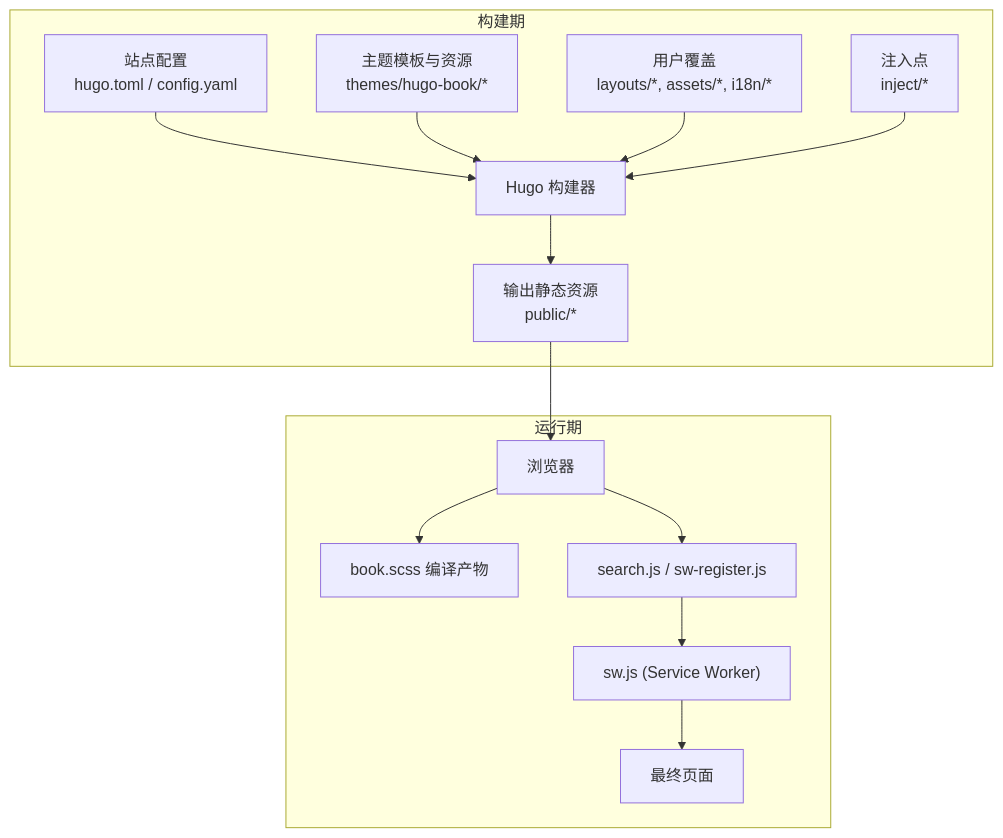
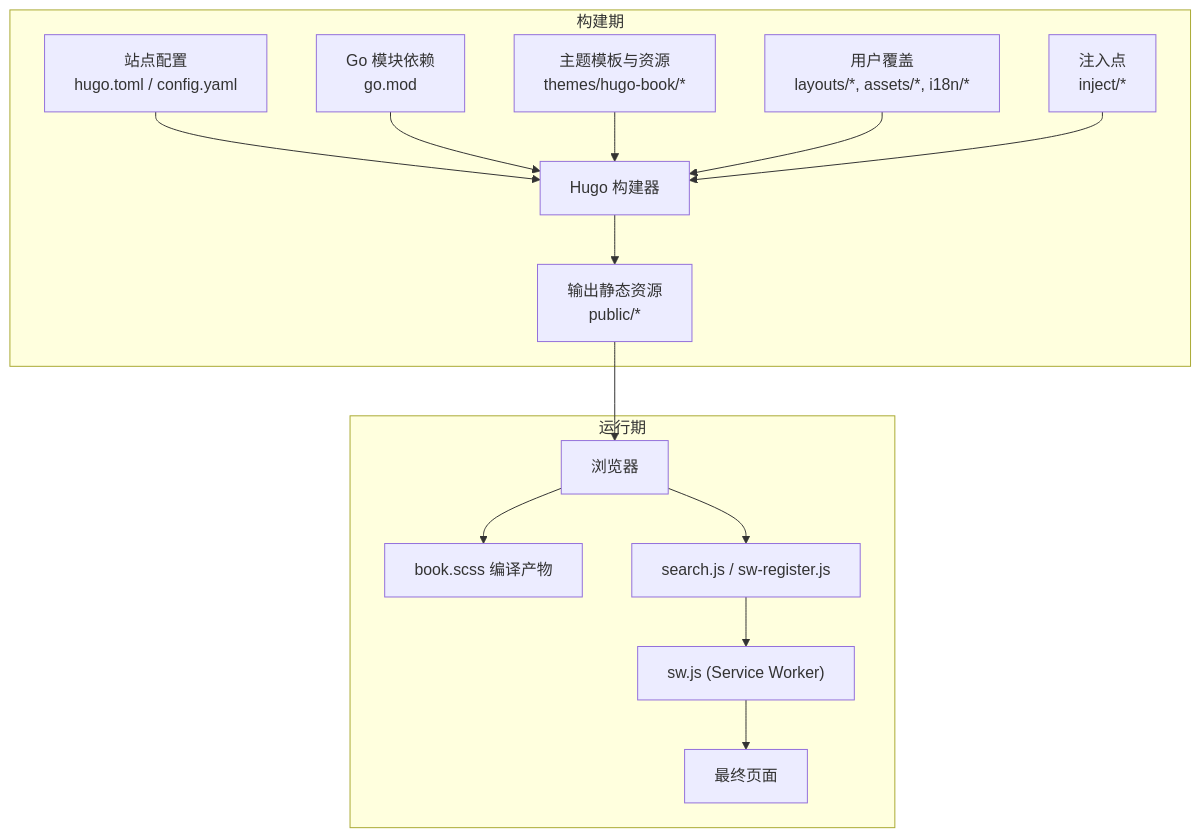
One commit to nianjiang/nianjiang.github.io changed the second of 10 diagrams in .qoder/repowiki/zh/content/主题定制/主题定制.md. Above: the diagram before and after it, drawn with Mermaid. The commit also changed other lines of this file and 22 other files, not shown here.

````diff
--- a/.qoder/repowiki/zh/content/主题定制/主题定制.md
+++ b/.qoder/repowiki/zh/content/主题定制/主题定制.md
@@ -157,28 +168,30 @@
 ```mermaid
 graph TB
 subgraph "构建期"
 HUGO["Hugo 构建器"]
 CFG["站点配置<br/>hugo.toml / config.yaml"]
+DEPS["Go 模块依赖<br/>go.mod"]
 THEME["主题模板与资源<br/>themes/hugo-book/*"]
 USERL["用户覆盖<br/>layouts/*, assets/*, i18n/*"]
 INJECT["注入点<br/>inject/*"]
 OUT["输出静态资源<br/>public/*"]
 end
 subgraph "运行期"
 BR["浏览器"]
 CSS["book.scss 编译产物"]
 JS["search.js / sw-register.js"]
 SW["sw.js (Service Worker)"]
 END["最终页面"]
 end
 CFG --> HUGO
+DEPS --> HUGO
 THEME --> HUGO
 USERL --> HUGO
 INJECT --> HUGO
 HUGO --> OUT
 OUT --> BR
 BR --> CSS
 BR --> JS
 JS --> SW
 SW --> END
 ```
````
